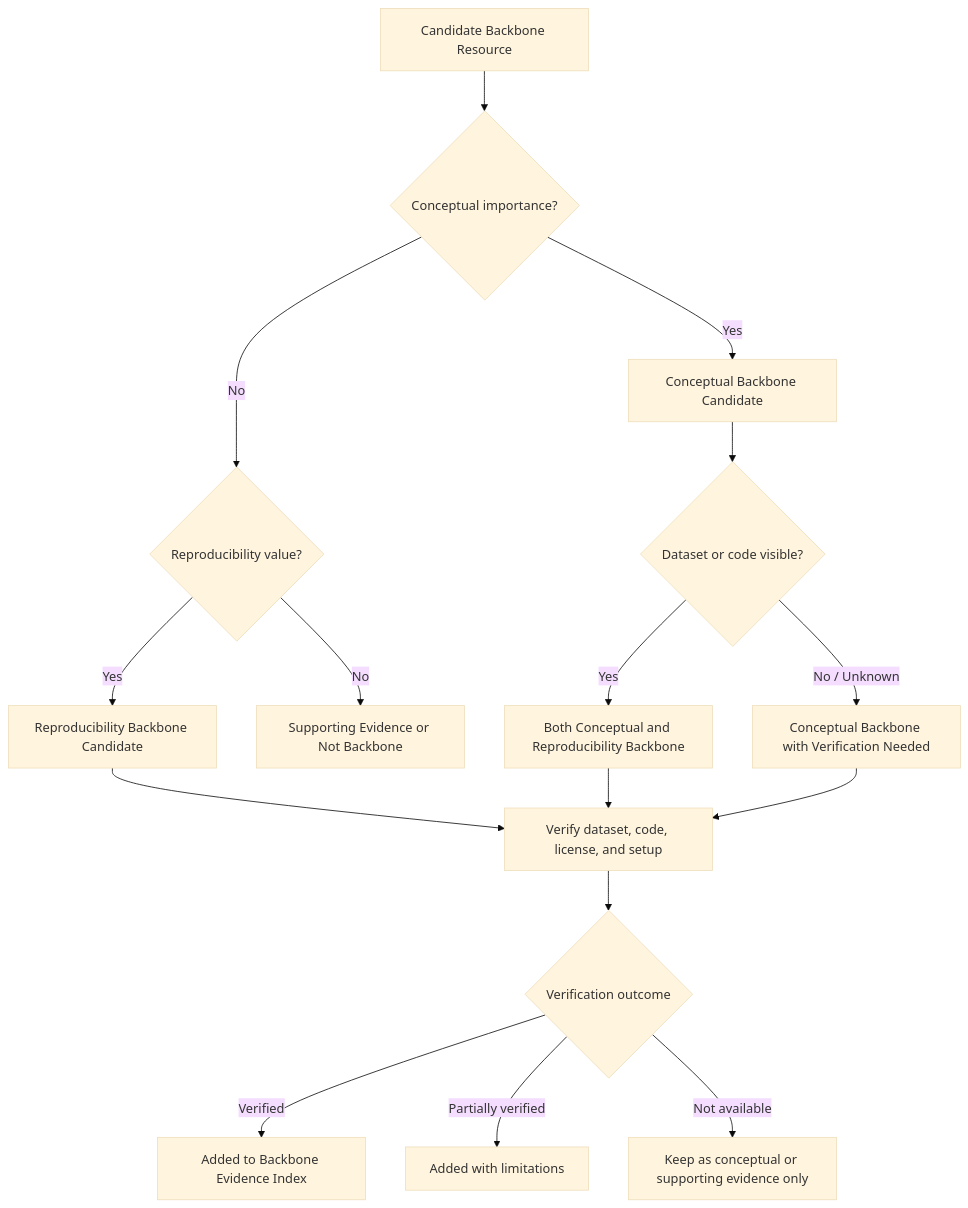
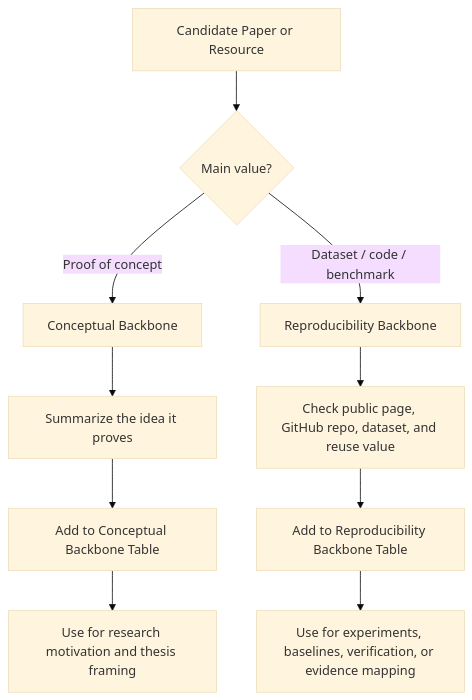
One commit to shahram-h-hesari/secure-wifi-healthcare-ai-evidence-hub changed the diagram in backbone/README.md. Above: the diagram before and after it, drawn with Mermaid (base theme). The commit also changed other lines of this file, not shown here.

Commit message:
Refine backbone README into conceptual and reproducibility layers

````diff
--- a/backbone/README.md
+++ b/backbone/README.md
@@ -605,22 +273,15 @@
 ```mermaid
 flowchart TD
-    A["Candidate Backbone Resource"] --> B{"Conceptual importance?"}
-    B -- "Yes" --> C["Conceptual Backbone Candidate"]
-    B -- "No" --> D{"Reproducibility value?"}
+    A["Candidate Paper or Resource"] --> B{"Main value?"}
+    B -- "Proof of concept" --> C["Conceptual Backbone"]
+    B -- "Dataset / code / benchmark" --> D["Reproducibility Backbone"]
 
-    C --> E{"Dataset or code visible?"}
-    D -- "Yes" --> F["Reproducibility Backbone Candidate"]
-    D -- "No" --> G["Supporting Evidence or Not Backbone"]
+    C --> E["Summarize the idea it proves"]
+    D --> F["Check public page, GitHub repo, dataset, and reuse value"]
 
-    E -- "Yes" --> H["Both Conceptual and Reproducibility Backbone"]
-    E -- "No / Unknown" --> I["Conceptual Backbone with Verification Needed"]
+    E --> G["Add to Conceptual Backbone Table"]
+    F --> H["Add to Reproducibility Backbone Table"]
 
-    F --> J["Verify dataset, code, license, and setup"]
-    H --> J
-    I --> J
-
-    J --> K{"Verification outcome"}
-    K -- "Verified" --> L["Added to Backbone Evidence Index"]
-    K -- "Partially verified" --> M["Added with limitations"]
-    K -- "Not available" --> N["Keep as conceptual or supporting evidence only"]
+    G --> I["Use for research motivation and thesis framing"]
+    H --> J["Use for experiments, baselines, verification, or evidence mapping"]
 ```
````
